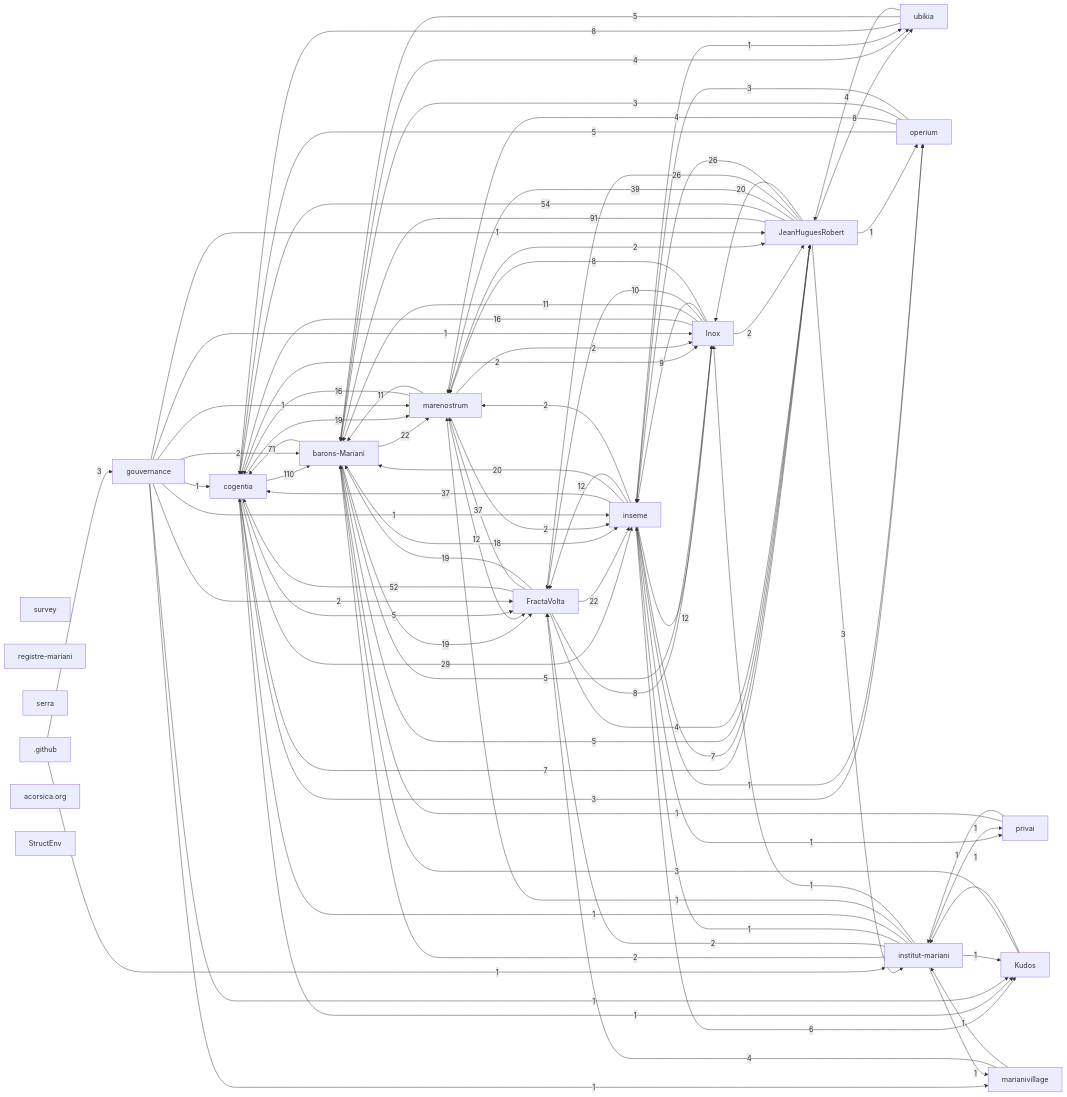
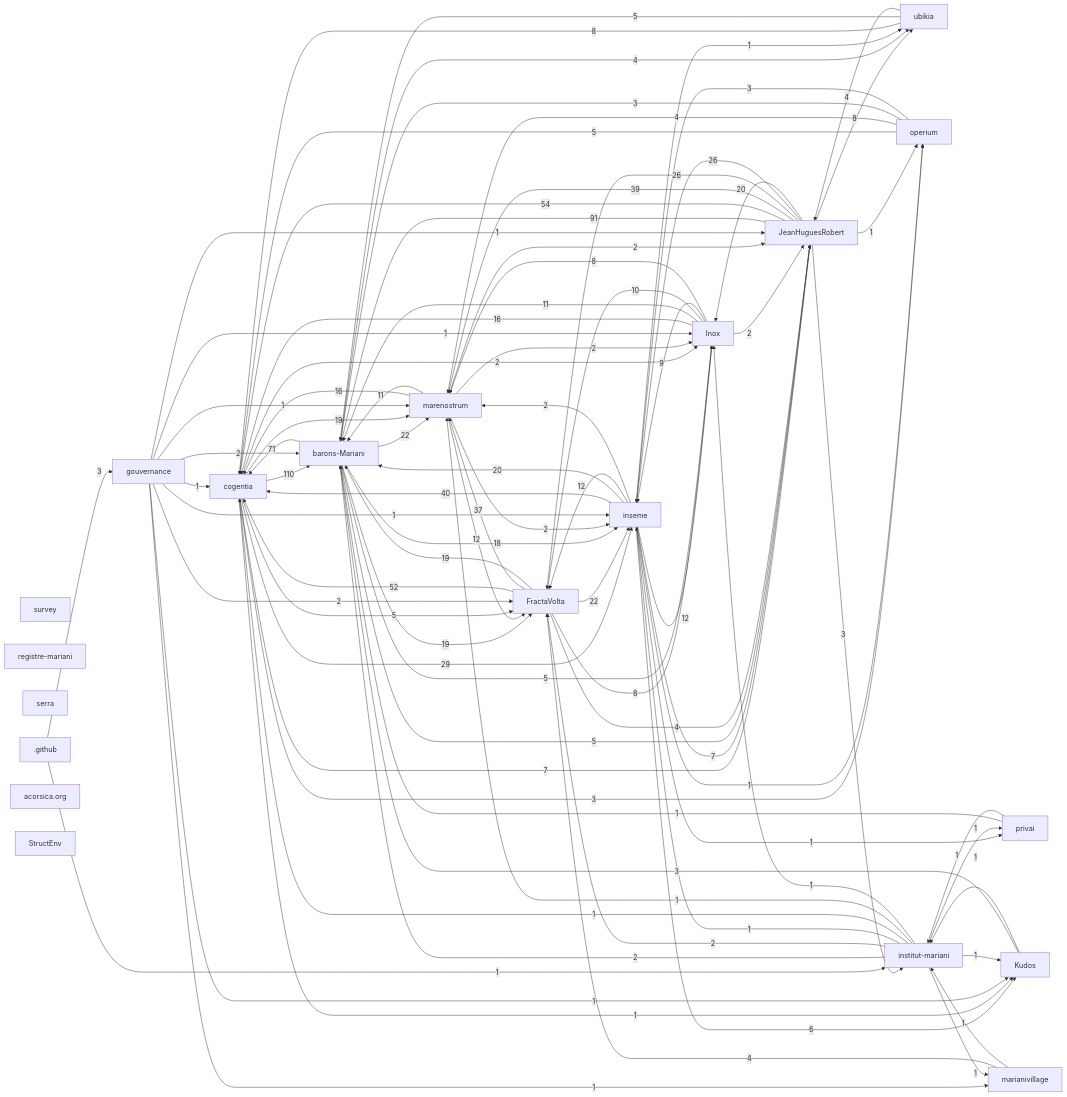
The first of 2 diagrams in research/corpus-status.md (JeanHuguesRobert/cogentia), drawn with Mermaid before and after one commit. The commit also changed 7 other files, not shown here.

```diff
--- a/research/corpus-status.md
+++ b/research/corpus-status.md
@@ -91,9 +91,9 @@
   r_barons_mariani -->|71| r_cogentia
   r_jeanhuguesrobert -->|54| r_cogentia
   r_fractavolta -->|52| r_cogentia
+  r_inseme -->|40| r_cogentia
   r_jeanhuguesrobert -->|39| r_marenostrum
   r_fractavolta -->|37| r_marenostrum
-  r_inseme -->|37| r_cogentia
   r_cogentia -->|29| r_inseme
   r_jeanhuguesrobert -->|26| r_fractavolta
   r_jeanhuguesrobert -->|26| r_inseme
```
